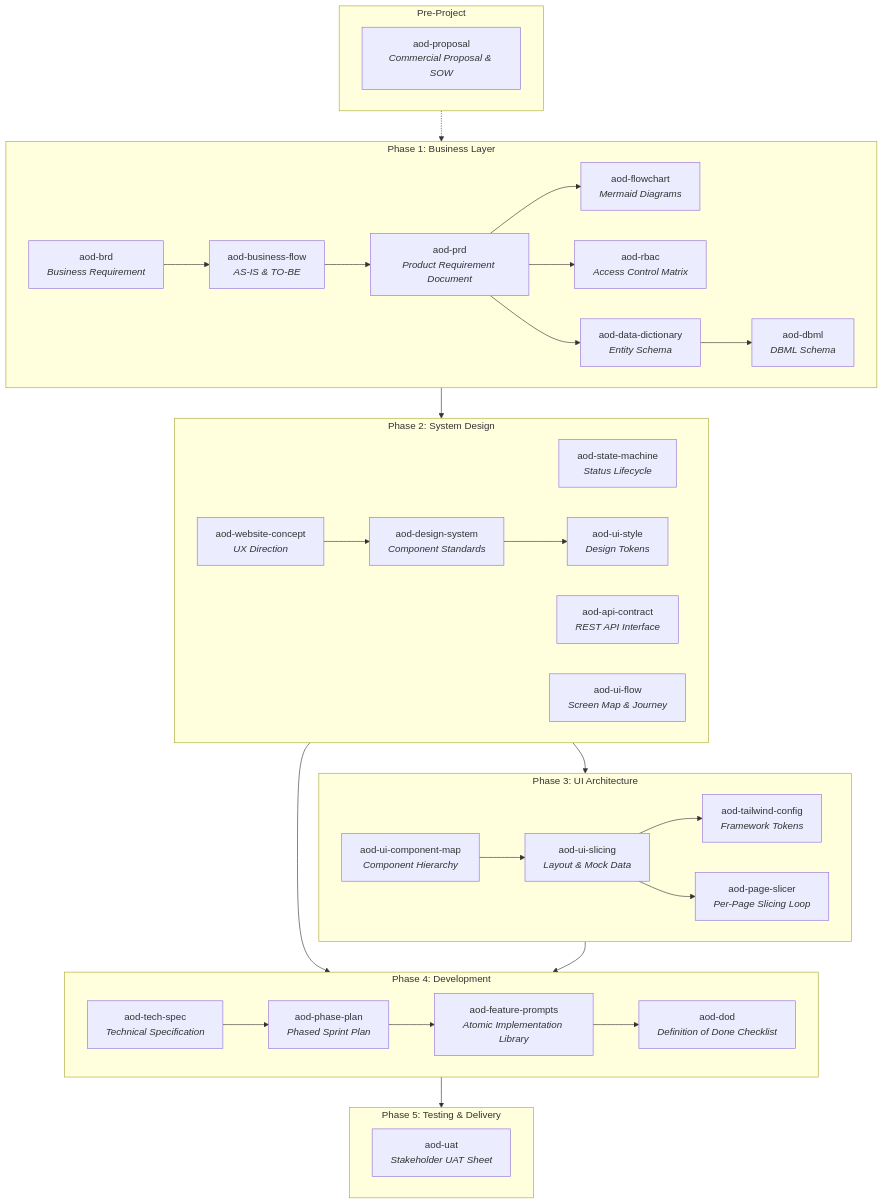
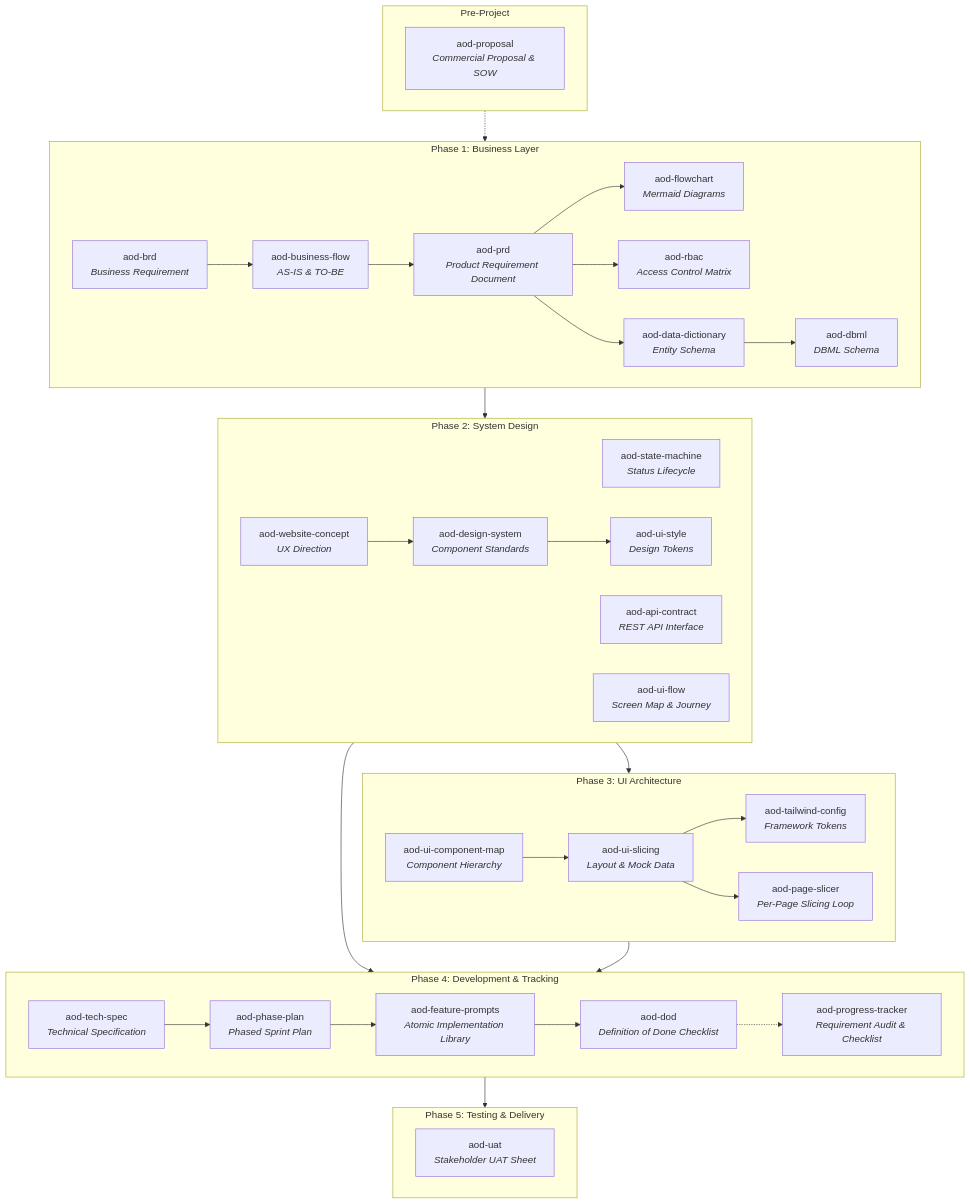
One commit to or-abdillh/AI-Orchestrated-Development-AOD changed the diagram in README.md. Above: the diagram before and after it, drawn with Mermaid. The commit also changed other lines of this file, not shown here.

Commit message:
docs(readme): document aod-progress-tracker skill and progress checklist usage

````diff
--- a/README.md
+++ b/README.md
@@ -86,46 +86,47 @@
 ```mermaid
 flowchart TD
     subgraph Pre["Pre-Project"]
         PR["aod-proposal<br><i>Commercial Proposal & SOW</i>"]
     end
 
     subgraph P1["Phase 1: Business Layer"]
         B1["aod-brd<br><i>Business Requirement</i>"] --> B2["aod-business-flow<br><i>AS-IS & TO-BE</i>"]
         B2 --> B3["aod-prd<br><i>Product Requirement Document</i>"]
         B3 --> B4["aod-flowchart<br><i>Mermaid Diagrams</i>"]
         B3 --> B5["aod-rbac<br><i>Access Control Matrix</i>"]
         B3 --> B6["aod-data-dictionary<br><i>Entity Schema</i>"]
         B6 --> B7["aod-dbml<br><i>DBML Schema</i>"]
     end
 
     subgraph P2["Phase 2: System Design"]
         S1["aod-state-machine<br><i>Status Lifecycle</i>"]
         S2["aod-api-contract<br><i>REST API Interface</i>"]
         S3["aod-ui-flow<br><i>Screen Map & Journey</i>"]
         S4["aod-website-concept<br><i>UX Direction</i>"] --> S5["aod-design-system<br><i>Component Standards</i>"]
         S5 --> S6["aod-ui-style<br><i>Design Tokens</i>"]
     end
 
     subgraph P3["Phase 3: UI Architecture"]
         U1["aod-ui-component-map<br><i>Component Hierarchy</i>"] --> U2["aod-ui-slicing<br><i>Layout & Mock Data</i>"]
         U2 --> U3["aod-tailwind-config<br><i>Framework Tokens</i>"]
         U2 --> U4["aod-page-slicer<br><i>Per-Page Slicing Loop</i>"]
     end
 
-    subgraph P4["Phase 4: Development"]
+    subgraph P4["Phase 4: Development & Tracking"]
         D1["aod-tech-spec<br><i>Technical Specification</i>"] --> D2["aod-phase-plan<br><i>Phased Sprint Plan</i>"]
         D2 --> D3["aod-feature-prompts<br><i>Atomic Implementation Library</i>"]
         D3 --> D4["aod-dod<br><i>Definition of Done Checklist</i>"]
+        D4 -.-> D5["aod-progress-tracker<br><i>Requirement Audit & Checklist</i>"]
     end
 
     subgraph P5["Phase 5: Testing & Delivery"]
         T1["aod-uat<br><i>Stakeholder UAT Sheet</i>"]
     end
 
     Pre -.-> P1
     P1 --> P2
     P2 --> P3
     P2 --> P4
     P3 --> P4
     P4 --> P5
 ```
````
